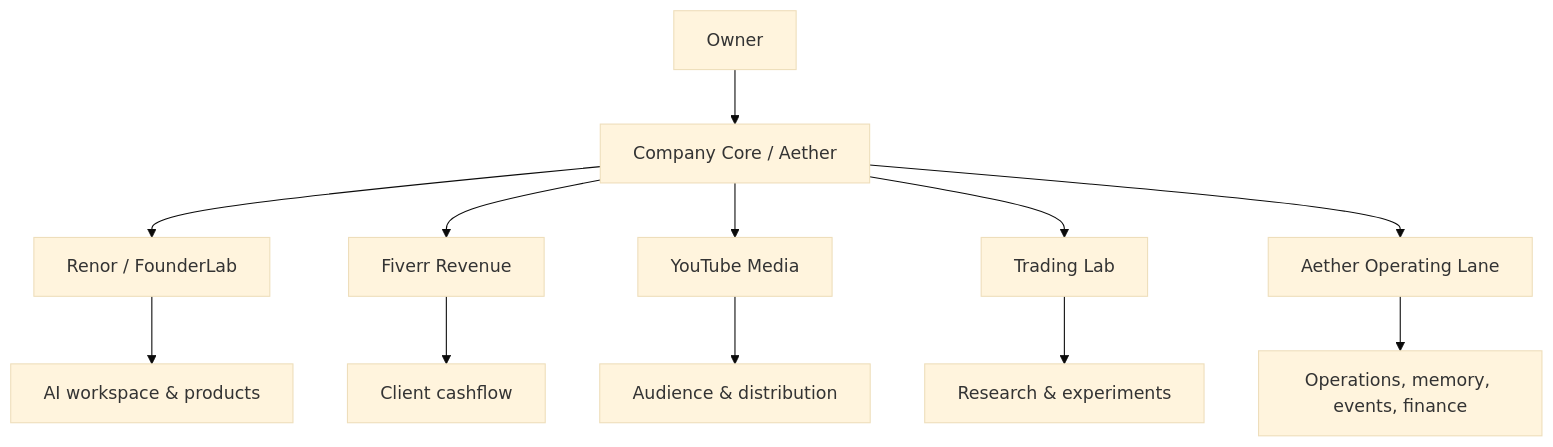
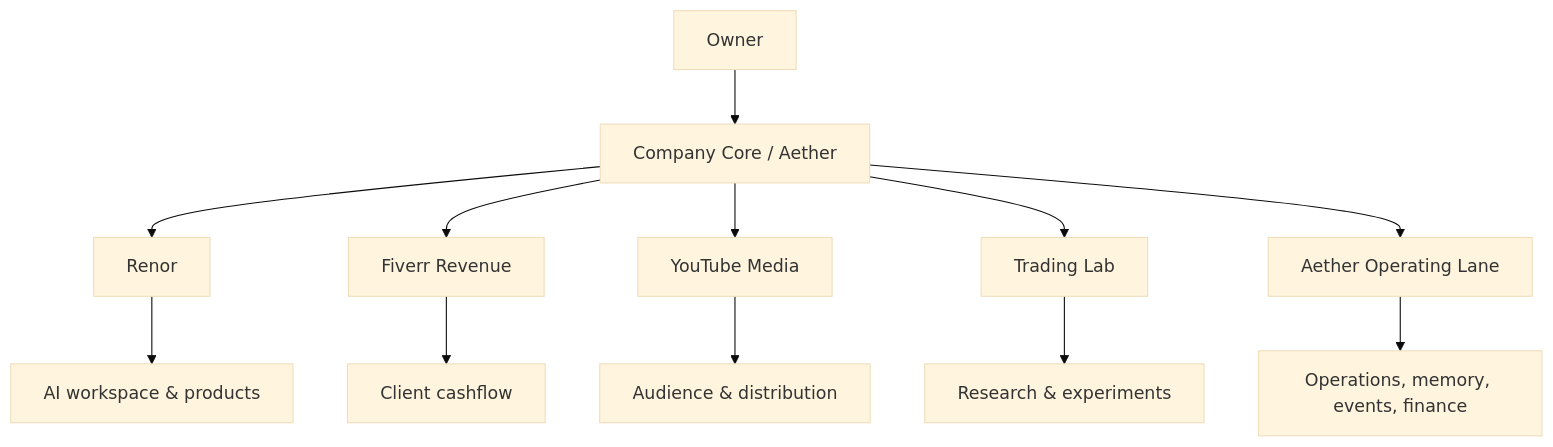
One commit to foundernexoralabs-debug/foundernexora-hub changed the first of 2 diagrams in README.md. Above: the diagram before and after it, drawn with Mermaid (base theme). The commit also changed other lines of this file and 18 other files, not shown here.

First line of the commit message:
feat(brand): the company is FounderLab, makers of Renor

````diff
--- a/README.md
+++ b/README.md
@@ -36,15 +36,15 @@
 ```mermaid
 flowchart TD
     O[Owner] --> C[Company Core / Aether]
-    C --> R[Renor / FounderLab]
+    C --> R[Renor]
     C --> F[Fiverr Revenue]
     C --> Y[YouTube Media]
     C --> T[Trading Lab]
     C --> A[Aether Operating Lane]
 
     R --> P1[AI workspace & products]
     F --> P2[Client cashflow]
     Y --> P3[Audience & distribution]
     T --> P4[Research & experiments]
     A --> P5[Operations, memory, events, finance]
 ```
````
